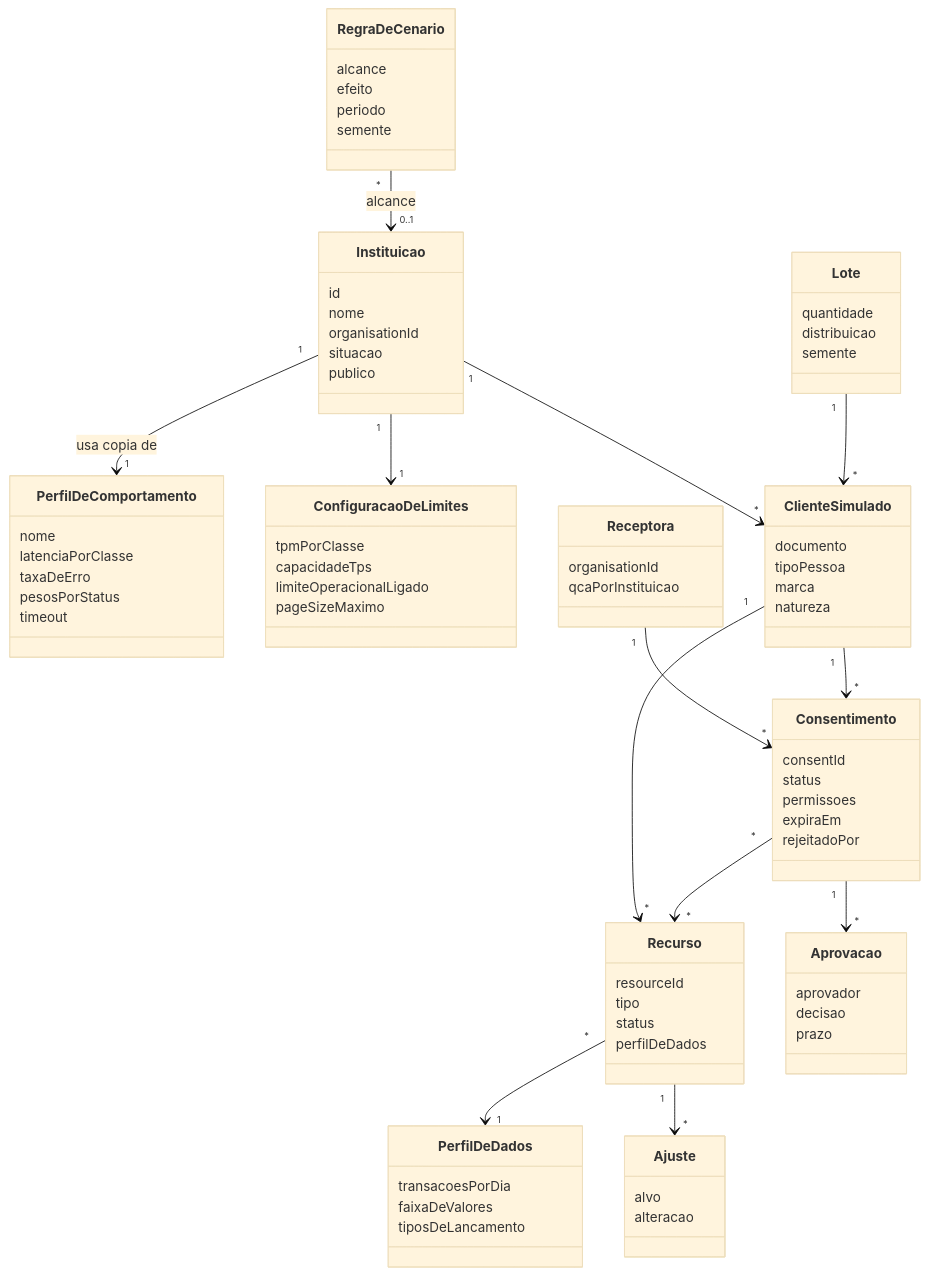
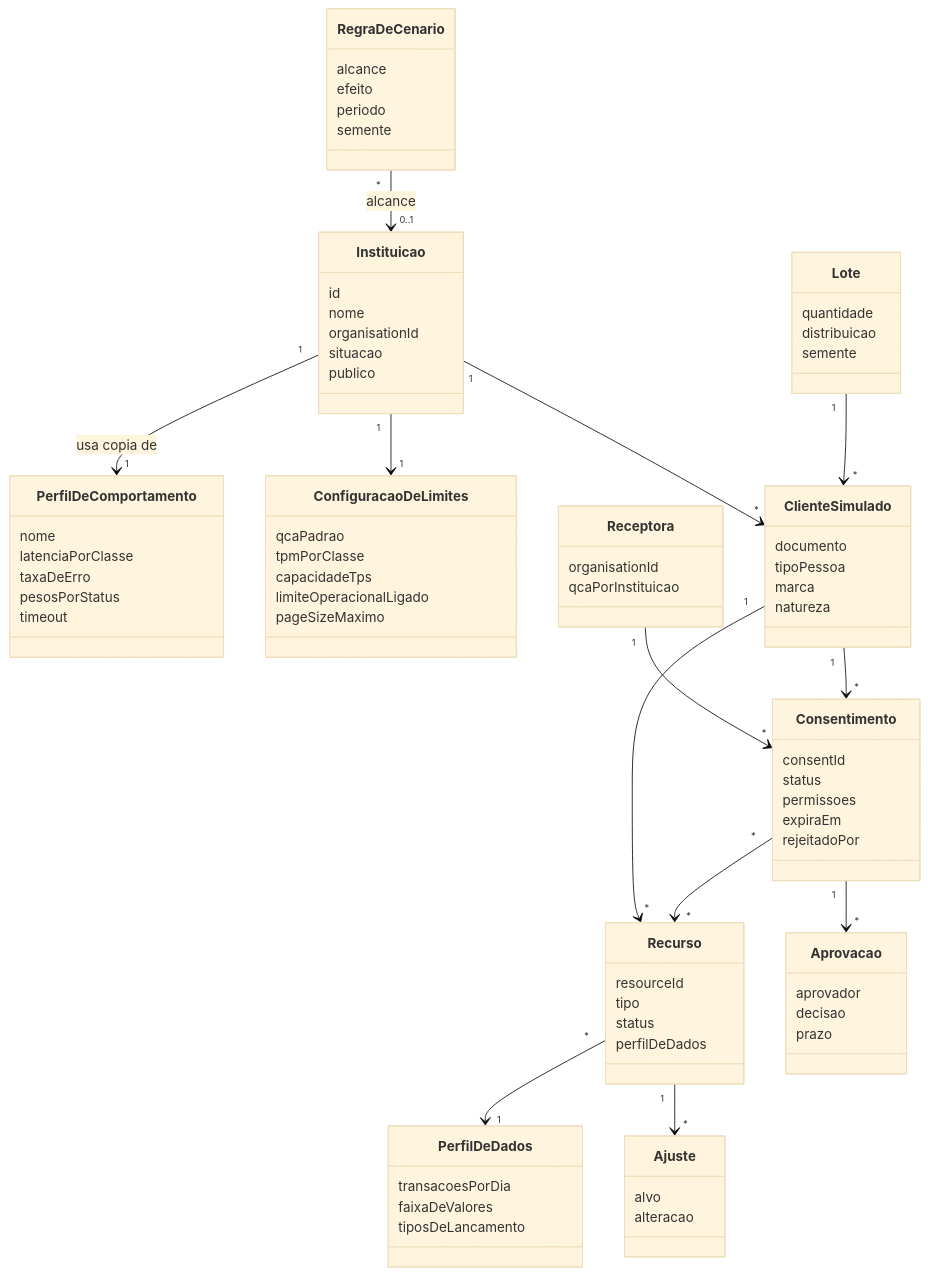
One commit to marcelosotto/open-finance-simulator changed the first of 3 diagrams in docs/03-design/classes/modelo-de-dominio.md. Above: the diagram before and after it, drawn with Mermaid (base theme). The commit also changed 13 other files, not shown here.

```diff
--- a/docs/03-design/classes/modelo-de-dominio.md
+++ b/docs/03-design/classes/modelo-de-dominio.md
@@ -19,6 +19,7 @@
     timeout
   }
   class ConfiguracaoDeLimites {
+    qcaPadrao
     tpmPorClasse
     capacidadeTps
     limiteOperacionalLigado
```
